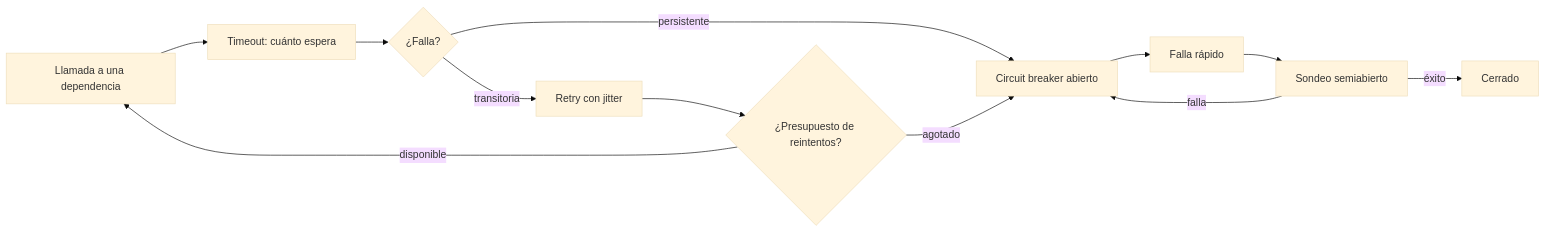
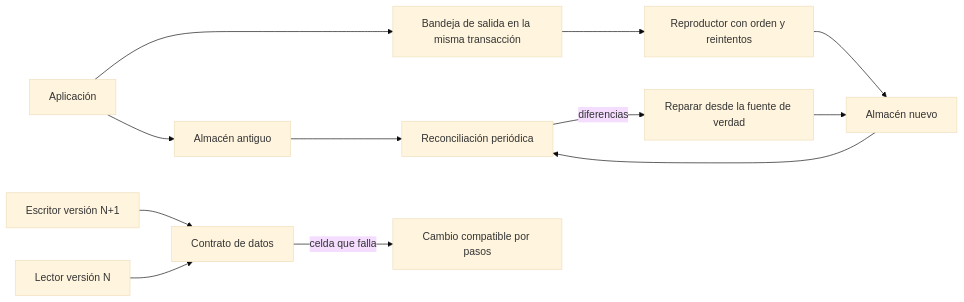
Before and after one commit to vladimiracunadev-create/modern-software-engineering-program: the diagram in content/part-43/SE-524.md, drawn with Mermaid (base theme). The commit also changed other lines of this file and 5193 other files, not shown here.

````diff
--- a/content/part-43/SE-524.md
+++ b/content/part-43/SE-524.md
@@ -59,14 +56,14 @@
 ```mermaid
 flowchart LR
-    A[Llamada a una dependencia] --> B[Timeout: cuánto espera]
-    B --> C{¿Falla?}
-    C -->|transitoria| D[Retry con jitter]
-    C -->|persistente| E[Circuit breaker abierto]
-    D --> F{¿Presupuesto de reintentos?}
-    F -->|agotado| E
-    F -->|disponible| A
-    E --> G[Falla rápido]
-    G --> H[Sondeo semiabierto]
-    H -->|éxito| I[Cerrado]
-    H -->|falla| E
+    A[Aplicación] --> B[Almacén antiguo]
+    A --> C[Bandeja de salida en la misma transacción]
+    C --> D[Reproductor con orden y reintentos]
+    D --> E[Almacén nuevo]
+    B --> F[Reconciliación periódica]
+    E --> F
+    F -->|diferencias| G[Reparar desde la fuente de verdad]
+    G --> E
+    H[Escritor versión N+1] --> I[Contrato de datos]
+    J[Lector versión N] --> I
+    I -->|celda que falla| K[Cambio compatible por pasos]
 ```
````
